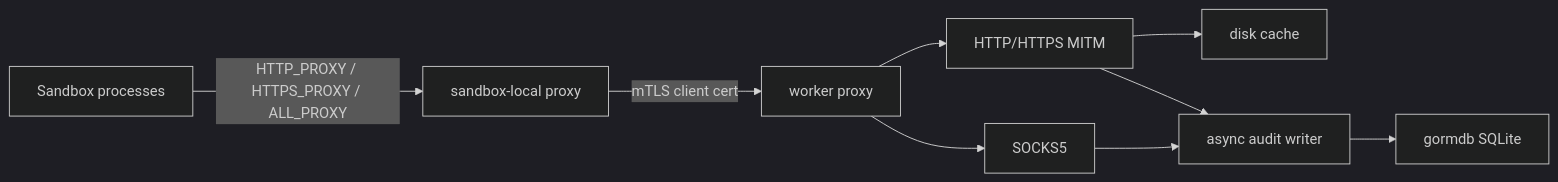
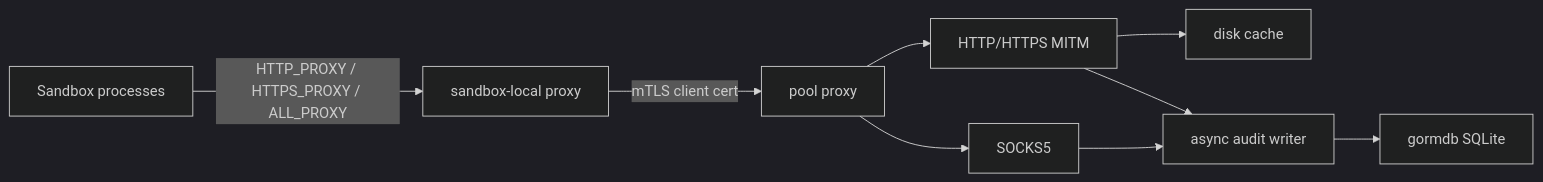
The first of 2 diagrams in proxy/DESIGN.md (discobox-ai/discobox), drawn with Mermaid (dark theme) before and after one commit. The commit also changed other lines of this file and 294 other files, not shown here.

````diff
--- a/proxy/DESIGN.md
+++ b/proxy/DESIGN.md
@@ -16,11 +16,11 @@
 ```mermaid
 flowchart LR
     sandbox["Sandbox processes"] -->|"HTTP_PROXY / HTTPS_PROXY / ALL_PROXY"| local["sandbox-local proxy"]
-    local -->|"mTLS client cert"| worker["worker proxy"]
-    worker --> mitm["HTTP/HTTPS MITM"]
-    worker --> socks["SOCKS5"]
+    local -->|"mTLS client cert"| pool["pool proxy"]
+    pool --> mitm["HTTP/HTTPS MITM"]
+    pool --> socks["SOCKS5"]
     mitm --> cache["disk cache"]
     mitm --> audit["async audit writer"]
     socks --> audit
     audit --> sqlite["gormdb SQLite"]
 ```
````
